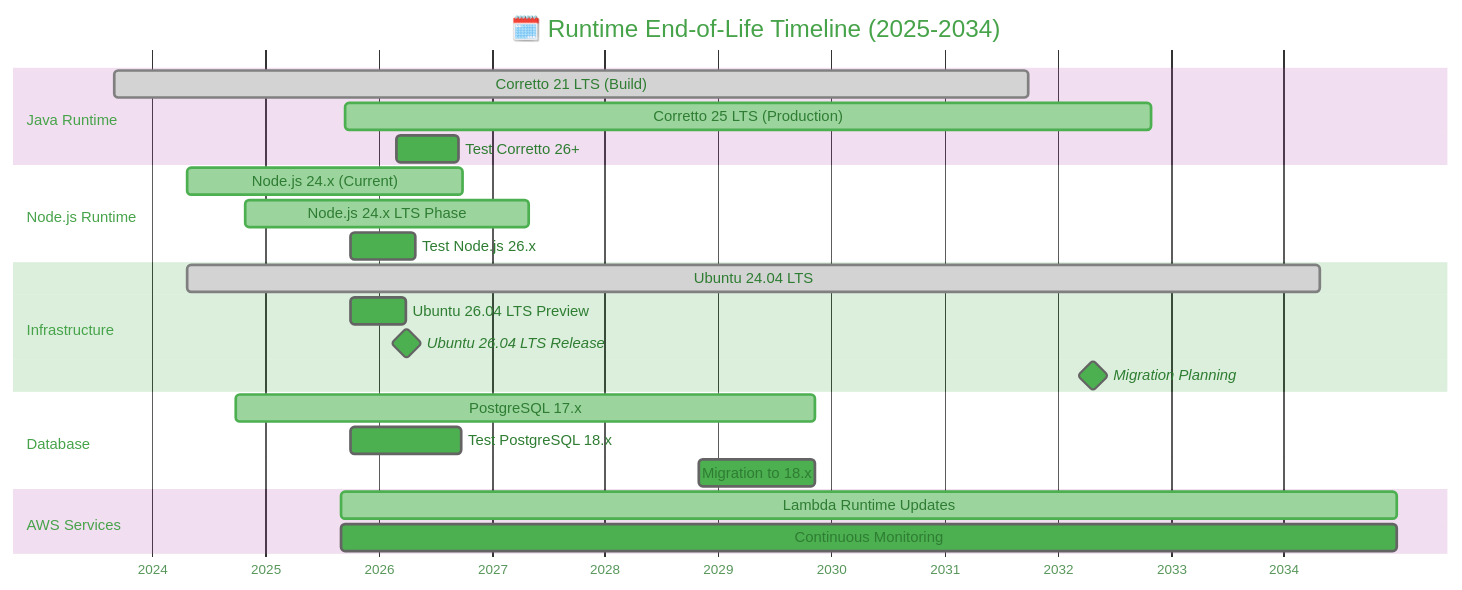
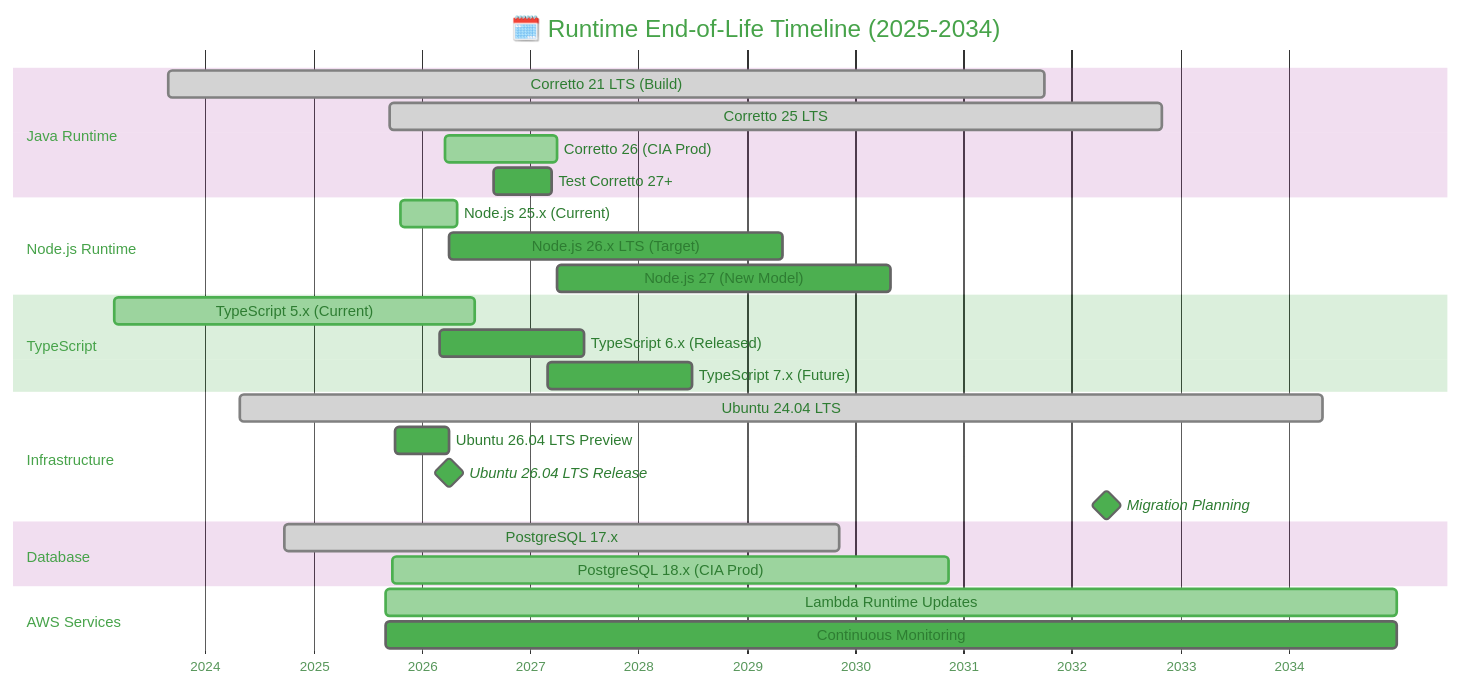
One commit to Hack23/ISMS-PUBLIC changed the fourth of 6 diagrams in Vulnerability_Management.md. Above: the diagram before and after it, drawn with Mermaid. The commit also changed other lines of this file, not shown here.

````diff
--- a/Vulnerability_Management.md
+++ b/Vulnerability_Management.md
@@ -482,41 +735,46 @@
 ```mermaid
 %%{
   init: {
     'theme': 'base',
     'themeVariables': {
       'primaryColor': '#4CAF50',
       'primaryTextColor': '#2E7D32',
       'lineColor': '#4CAF50'
     }
   }
 }%%
 gantt
     title 🗓️ Runtime End-of-Life Timeline (2025-2034)
     dateFormat YYYY-MM-DD
     axisFormat %Y
     
     section Java Runtime
     Corretto 21 LTS (Build)  :done, corretto21, 2023-09-01, 2031-09-30
-    Corretto 25 LTS (Production) :active, corretto25, 2025-09-16, 2032-10-31
-    Test Corretto 26+         :testing26, 2026-03-01, 2026-09-15
+    Corretto 25 LTS           :done, corretto25, 2025-09-16, 2032-10-31
+    Corretto 26 (CIA Prod)    :active, corretto26, 2026-03-18, 2027-03-31
+    Test Corretto 27+         :testing27, 2026-09-01, 2027-03-15
     
     section Node.js Runtime  
-    Node.js 24.x (Current)    :active, node24, 2024-04-24, 2026-10-01
-    Node.js 24.x LTS Phase    :active, node24lts, 2024-10-29, 2027-04-30
-    Test Node.js 26.x         :testing26, 2025-10-01, 2026-04-30
+    Node.js 25.x (Current)    :active, node25, 2025-10-21, 2026-04-30
+    Node.js 26.x LTS (Target) :node26, 2026-04-01, 2029-04-30
+    Node.js 27 (New Model)    :node27, 2027-04-01, 2030-04-30
+    
+    section TypeScript
+    TypeScript 5.x (Current)  :active, ts5, 2023-03-01, 2026-06-30
+    TypeScript 6.x (Released) :ts6, 2026-03-01, 2027-06-30
+    TypeScript 7.x (Future)   :ts7, 2027-03-01, 2028-06-30
     
     section Infrastructure
     Ubuntu 24.04 LTS          :done, ubuntu24, 2024-04-25, 2034-04-25
     Ubuntu 26.04 LTS Preview  :testing26u, 2025-10-01, 2026-04-01
     Ubuntu 26.04 LTS Release  :milestone, ubuntu26, 2026-04-01, 2026-04-03
     Migration Planning        :milestone, 2032-04-25, 0d
     
     section Database
-    PostgreSQL 17.x           :active, pg17, 2024-09-26, 2029-11-09
-    Test PostgreSQL 18.x      :testing18, 2025-10-01, 2026-09-26
-    Migration to 18.x         :migration18, 2028-11-01, 2029-11-09
+    PostgreSQL 17.x           :done, pg17, 2024-09-26, 2029-11-09
+    PostgreSQL 18.x (CIA Prod):active, pg18, 2025-09-25, 2030-11-13
     
     section AWS Services
     Lambda Runtime Updates    :active, lambda, 2025-08-31, 2034-12-31
     Continuous Monitoring     :monitor, 2025-08-31, 2034-12-31
 ```
````
